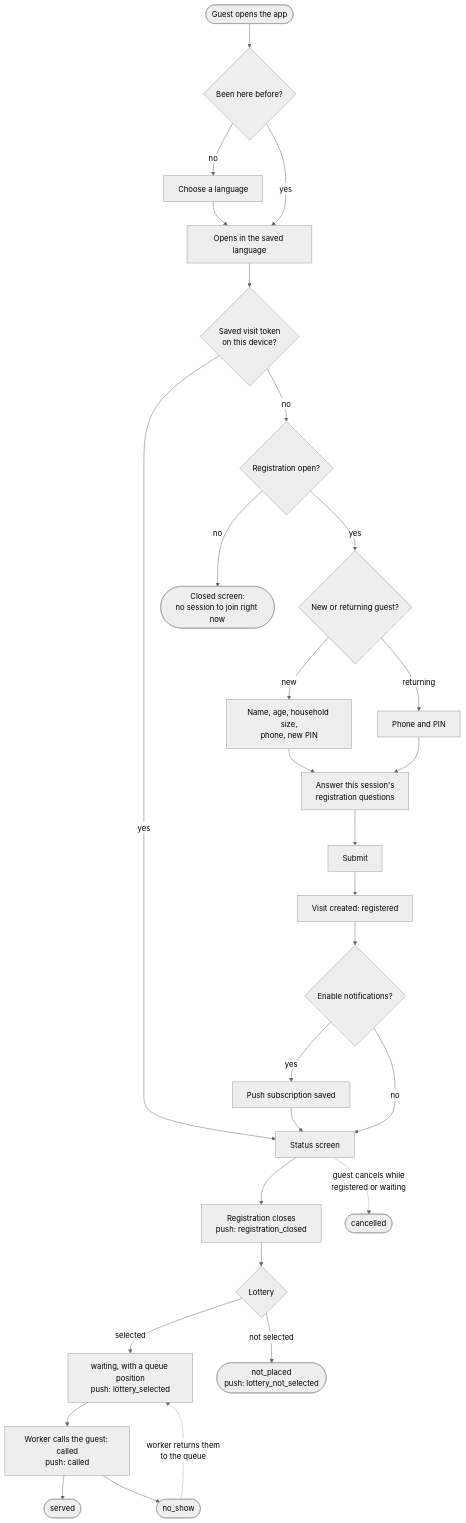
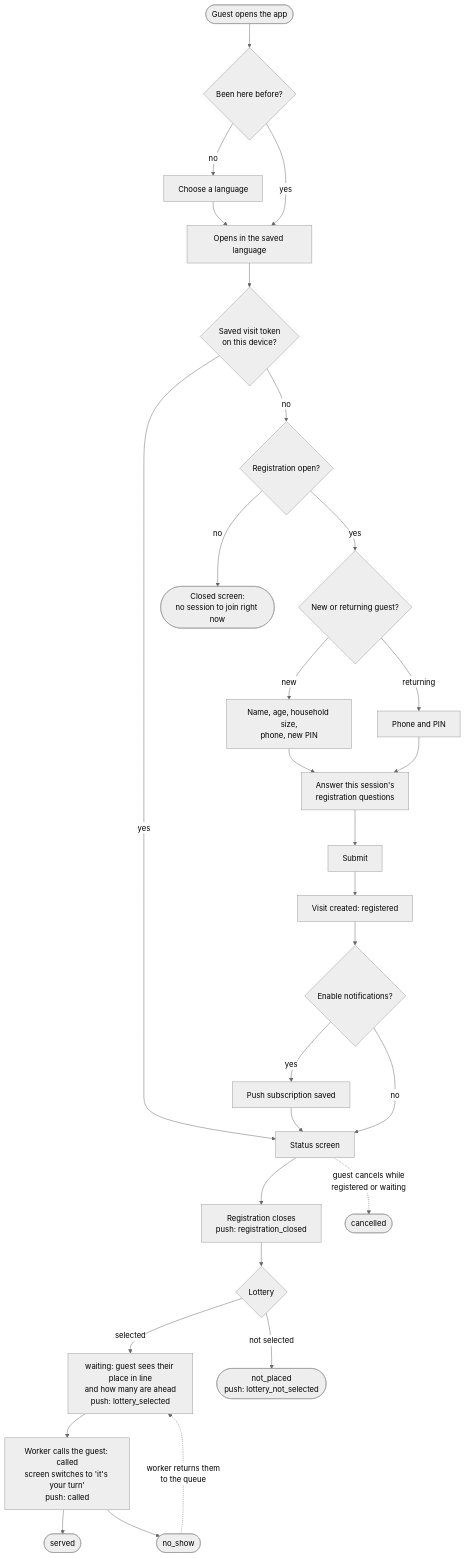
One commit to bay-compassion/food-market-app changed the diagram in docs/user-journey.md. Above: the diagram before and after it, drawn with Mermaid (neutral theme). The commit also changed other lines of this file and 3 other files, not shown here.

First line of the commit message:
feat: show guests their place in line and when it is their turn (#20)

````diff
--- a/docs/user-journey.md
+++ b/docs/user-journey.md
@@ -17,38 +17,38 @@
 ```mermaid
 flowchart TD
     open([Guest opens the app]) --> seen{Been here before?}
     seen -- no --> pick[Choose a language]
     seen -- yes --> saved[Opens in the saved language]
     pick --> saved
 
     saved --> hasVisit{Saved visit token<br/>on this device?}
     hasVisit -- yes --> status[Status screen]
     hasVisit -- no --> canRegister{Registration open?}
 
     canRegister -- no --> closed([Closed screen:<br/>no session to join right now])
     canRegister -- yes --> kind{New or returning guest?}
 
     kind -- new --> newForm[Name, age, household size,<br/>phone, new PIN]
     kind -- returning --> returningForm[Phone and PIN]
     newForm --> questions[Answer this session's<br/>registration questions]
     returningForm --> questions
     questions --> submit[Submit]
 
     submit --> registered[Visit created: registered]
     registered --> offer{Enable notifications?}
     offer -- yes --> subscribed[Push subscription saved]
     offer -- no --> status
     subscribed --> status
 
     status --> regClosed[Registration closes<br/>push: registration_closed]
     regClosed --> lottery{Lottery}
-    lottery -- selected --> waiting[waiting, with a queue position<br/>push: lottery_selected]
+    lottery -- selected --> waiting[waiting: guest sees their place in line<br/>and how many are ahead<br/>push: lottery_selected]
     lottery -- not selected --> notPlaced([not_placed<br/>push: lottery_not_selected])
 
-    waiting --> called[Worker calls the guest: called<br/>push: called]
+    waiting --> called["Worker calls the guest: called<br/>screen switches to 'it's your turn'<br/>push: called"]
     called --> served([served])
     called --> noShow([no_show])
     noShow -. "worker returns them<br/>to the queue" .-> waiting
 
     status -. "guest cancels while<br/>registered or waiting" .-> cancelled([cancelled])
 ```
````
